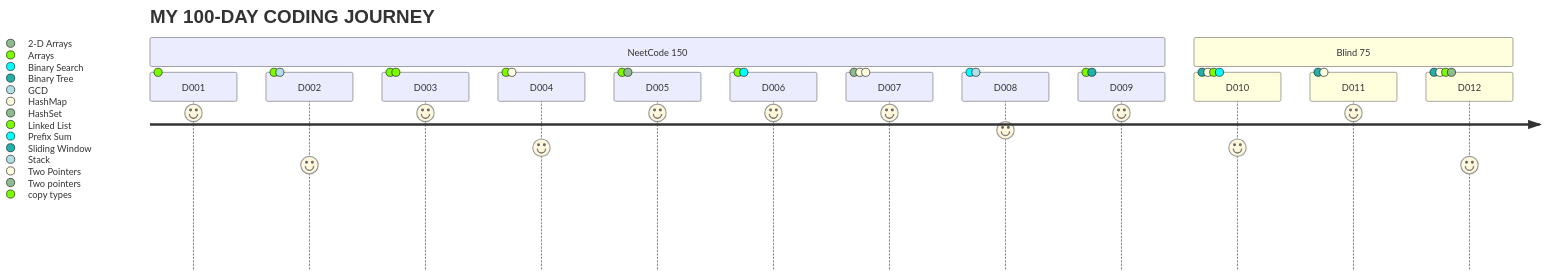
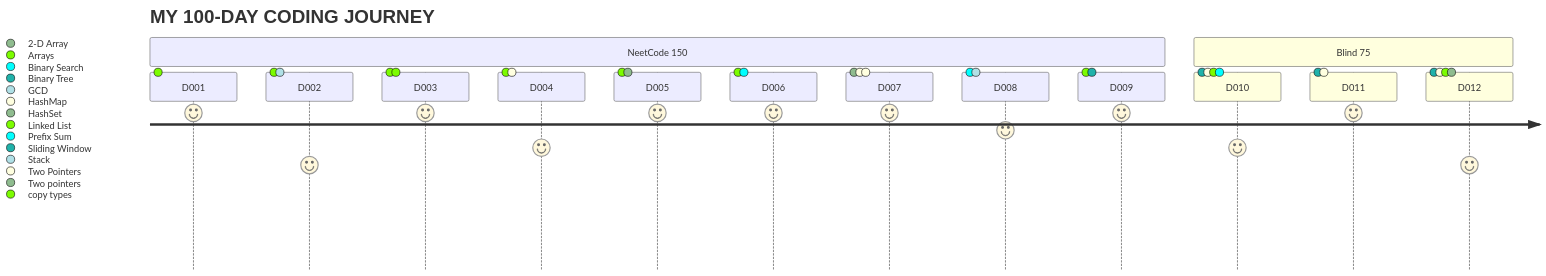
The diagram in log.md (Edddush/100-days-of-code), drawn with Mermaid before and after one commit. The commit also changed other lines of this file, not shown here.

````diff
--- a/log.md
+++ b/log.md
@@ -3,18 +3,18 @@
 ```mermaid
 journey
     title MY 100-DAY CODING JOURNEY
     section NeetCode 150
       D001: 9: Arrays
       D002: 6: Arrays, GCD
       D003: 9: Arrays, copy types
       D004: 7: Arrays, Two Pointers
       D005: 9: Arrays, Two pointers
       D006: 9: Arrays, Prefix Sum
       D007: 9: HashSet, HashMap, Two Pointers
       D008: 8: Binary Search, Stack
       D009: 9: Linked List, Sliding Window
     section Blind 75
       D010: 7: Binary Tree, HashMap, Linked List, Prefix Sum
       D011: 9: Binary Tree, Two Pointers
-      D012: 6: Binary Tree, Two Pointers, Linked List, 2-D Arrays
+      D012: 6: Binary Tree, Two Pointers, Linked List, 2-D Array
 ```
````
